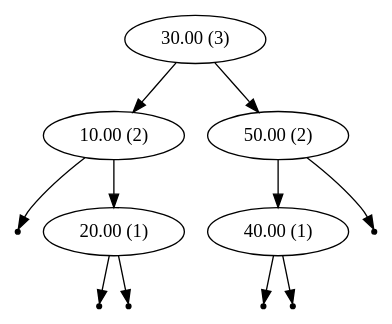
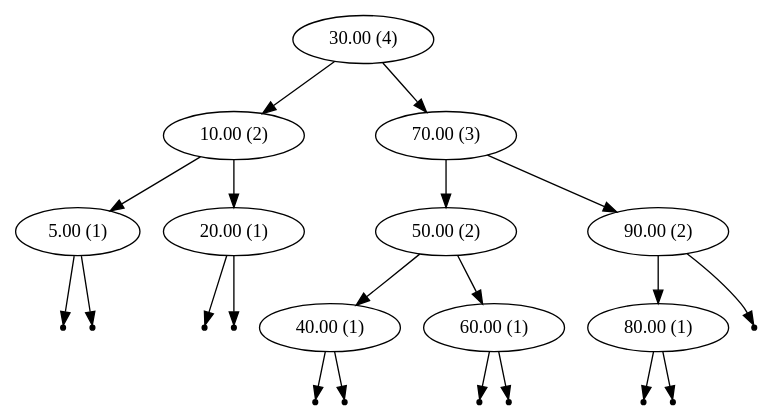
The diagram in AVL_Trees/graph.dot (cerdogan/Job), drawn with Graphviz before and after one commit. The commit also changed 9 other files, not shown here.

```diff
--- a/AVL_Trees/graph.dot
+++ b/AVL_Trees/graph.dot
@@ -1,20 +1,35 @@
 digraph {
 graph [ordering="out"]
-"30.00 (3)"
-"30.00 (3)" -> "10.00 (2)"
-"null10.00-0" [shape=point];
-"10.00 (2)" -> "null10.00-0";
+"30.00 (4)"
+"30.00 (4)" -> "10.00 (2)"
+"10.00 (2)" -> "5.00 (1)"
+"null5.00-0" [shape=point];
+"5.00 (1)" -> "null5.00-0";
+"null5.00-1" [shape=point];
+"5.00 (1)" -> "null5.00-1";
 "10.00 (2)" -> "20.00 (1)"
 "null20.00-0" [shape=point];
 "20.00 (1)" -> "null20.00-0";
 "null20.00-1" [shape=point];
 "20.00 (1)" -> "null20.00-1";
-"30.00 (3)" -> "50.00 (2)"
+"30.00 (4)" -> "70.00 (3)"
+"70.00 (3)" -> "50.00 (2)"
 "50.00 (2)" -> "40.00 (1)"
 "null40.00-0" [shape=point];
 "40.00 (1)" -> "null40.00-0";
 "null40.00-1" [shape=point];
 "40.00 (1)" -> "null40.00-1";
-"null50.00-1" [shape=point];
-"50.00 (2)" -> "null50.00-1";
+"50.00 (2)" -> "60.00 (1)"
+"null60.00-0" [shape=point];
+"60.00 (1)" -> "null60.00-0";
+"null60.00-1" [shape=point];
+"60.00 (1)" -> "null60.00-1";
+"70.00 (3)" -> "90.00 (2)"
+"90.00 (2)" -> "80.00 (1)"
+"null80.00-0" [shape=point];
+"80.00 (1)" -> "null80.00-0";
+"null80.00-1" [shape=point];
+"80.00 (1)" -> "null80.00-1";
+"null90.00-1" [shape=point];
+"90.00 (2)" -> "null90.00-1";
 }
```
